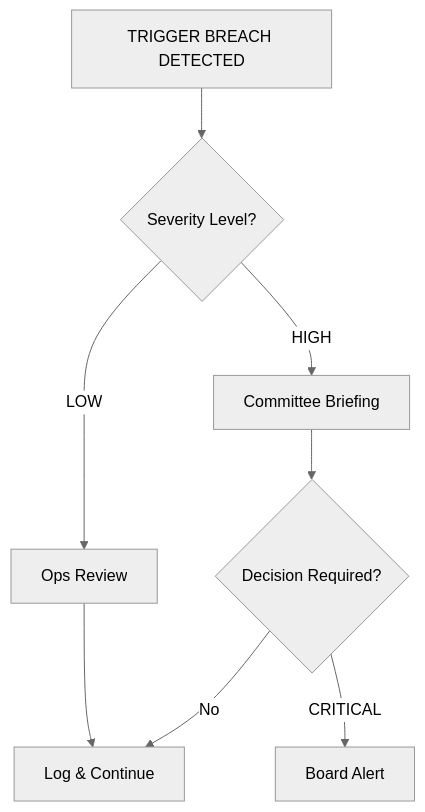
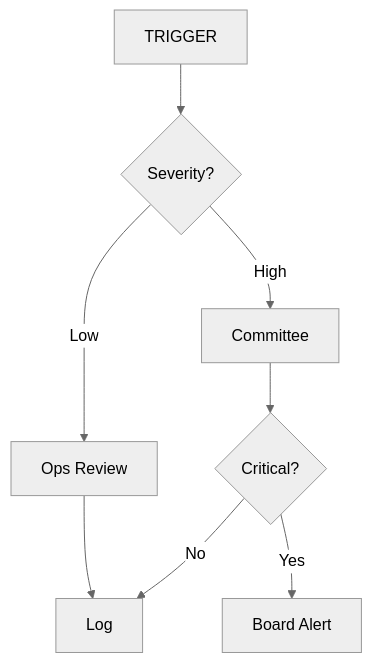
The fourth of 4 diagrams in docs/bellman_wasserstein_mean_field_framework.md (DealExMachina/sov-strat-games), drawn with Mermaid (neutral theme) before and after one commit. The commit also changed other lines of this file, not shown here.

Commit message:
Simplify Mermaid diagrams - cleaner, no overlaps

````diff
--- a/docs/bellman_wasserstein_mean_field_framework.md
+++ b/docs/bellman_wasserstein_mean_field_framework.md
@@ -597,13 +554,8 @@
 ```mermaid
 flowchart TD
-    TRIGGER["TRIGGER BREACH DETECTED"] --> SEVERITY{"Severity Level?"}
-    
-    SEVERITY -->|LOW| OPS["Ops Review"]
-    SEVERITY -->|HIGH| COMMITTEE["Committee Briefing"]
-    
-    OPS --> LOG["Log & Continue"]
-    COMMITTEE --> DECISION{"Decision Required?"}
-    
-    DECISION -->|No| LOG
-    DECISION -->|CRITICAL| BOARD["Board Alert"]
+    T[TRIGGER] --> S{Severity?}
+    S -->|Low| O[Ops Review] --> L[Log]
+    S -->|High| C[Committee] --> D{Critical?}
+    D -->|No| L
+    D -->|Yes| B[Board Alert]
 ```
````
